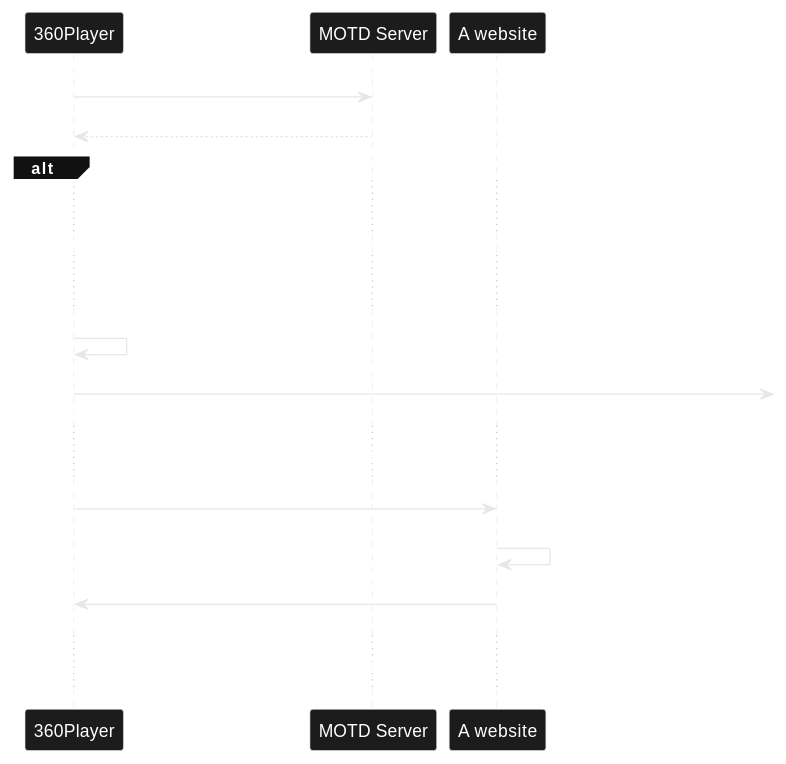
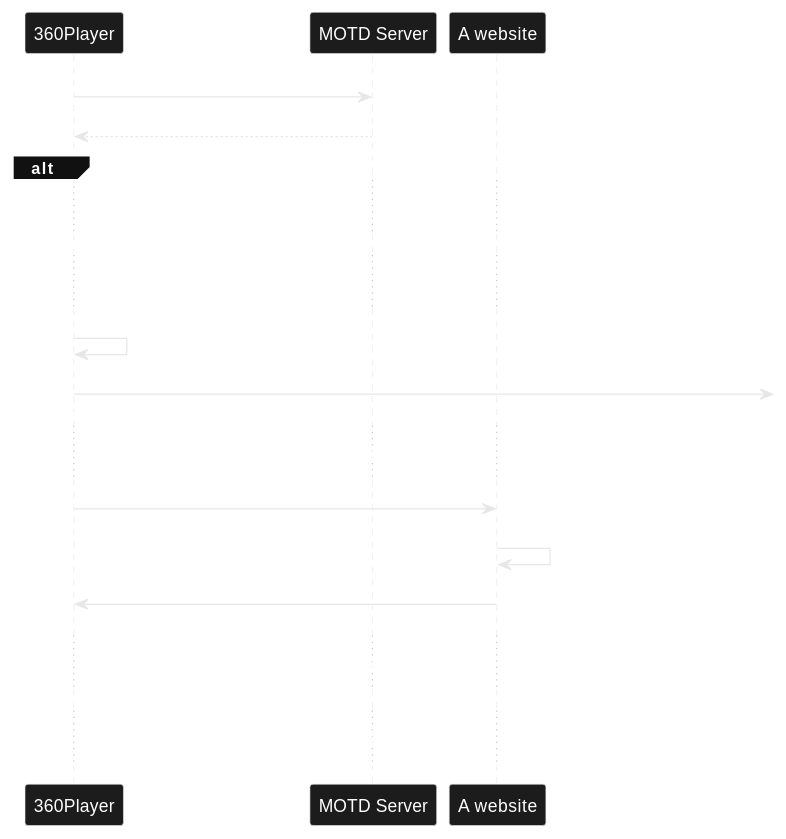
One commit to BIVROST/360PlayerWindows changed the diagram in MOTD/MOTD.md. Above: the diagram before and after it, drawn with PlantUML. The commit also changed other lines of this file and 6 other files, not shown here.

````diff
--- a/MOTD/MOTD.md
+++ b/MOTD/MOTD.md
@@ -6,31 +6,35 @@
 ```plantuml
 skinparam monochrome reverse
 skinparam backgroundColor transparent
 
 "360Player" -> "MOTD Server": send HTTP request with app details
 "MOTD Server" --> "360Player": json with an action
 
 alt type=none
 
 ... nothing happens ...
 else type=notification
 
 ... a toast is displayed with an optional link ...
 
 "360Player" -> "360Player": the user clicks on a link
 "360Player" ->  : link launched by a notification's url
 
 else type=popup
 
 ... a popup with a website is displayed ....
 
 "360Player" -> "A website": embedded webpage in a popup
 "A website" -> "A website": additional resources are loaded
 "A website" -> "360Player": optionally, a callback might happen
 
-else an error occured with the MOTD server
+else an error occured with communication to the MOTD server
+
+... nothing happens, error is logged ...
+
+else an error is reported by the MOTD server
 
 ... nothing happens, error is logged ...
 
 end
 ```
````
